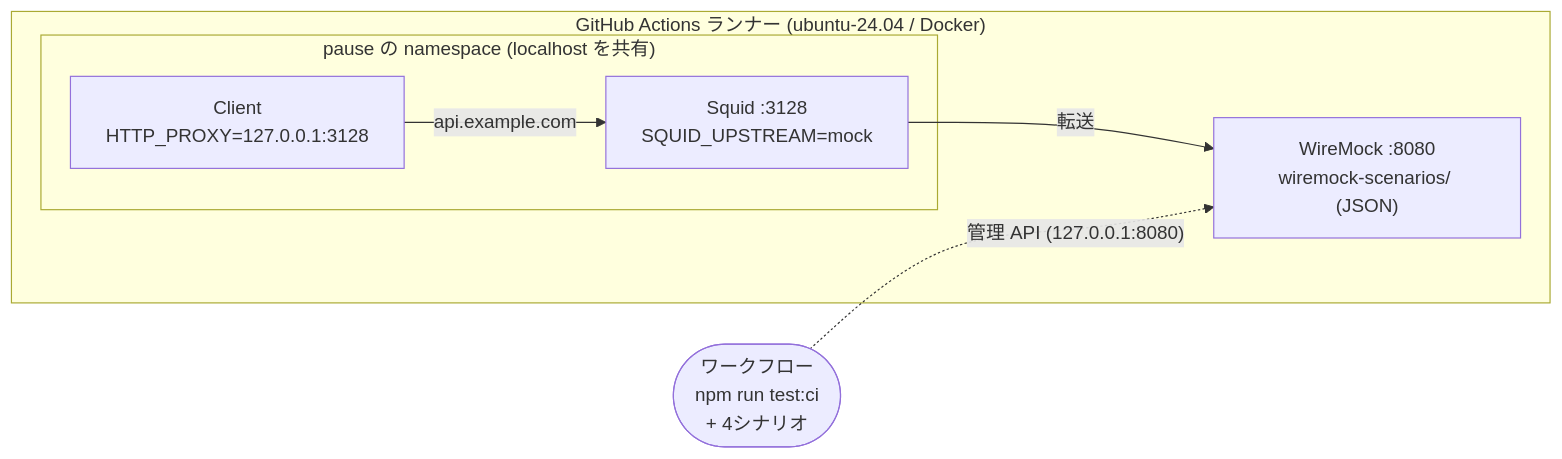
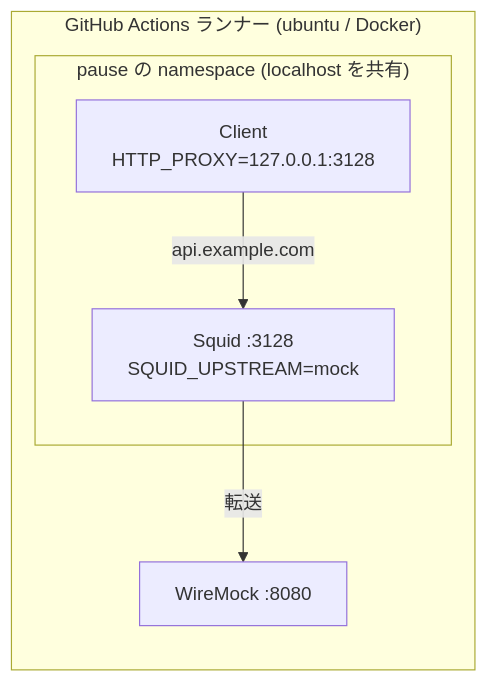
The second of 3 diagrams in README.md (satoshi256kbyte/squid-wiremock-sidecar), drawn with Mermaid before and after one commit. The commit also changed other lines of this file, not shown here.

First line of the commit message:
docs(README): Simplify architecture diagrams and remove management API references

````diff
--- a/README.md
+++ b/README.md
@@ -52,13 +51,12 @@
 ```mermaid
 flowchart LR
-  subgraph Runner["GitHub Actions ランナー (ubuntu-24.04 / Docker)"]
+  subgraph Runner["GitHub Actions ランナー (ubuntu / Docker)"]
     subgraph NS["pause の namespace (localhost を共有)"]
       Client["Client<br/>HTTP_PROXY=127.0.0.1:3128"]
       Squid["Squid :3128<br/>SQUID_UPSTREAM=mock"]
       Client -->|"api.example.com"| Squid
     end
-    WM["WireMock :8080<br/>wiremock-scenarios/ (JSON)"]
+    WM["WireMock :8080"]
     Squid -->|"転送"| WM
   end
-  WF(["ワークフロー<br/>npm run test:ci<br/>+ 4シナリオ"]) -.->|"管理 API (127.0.0.1:8080)"| WM
 ```
````
